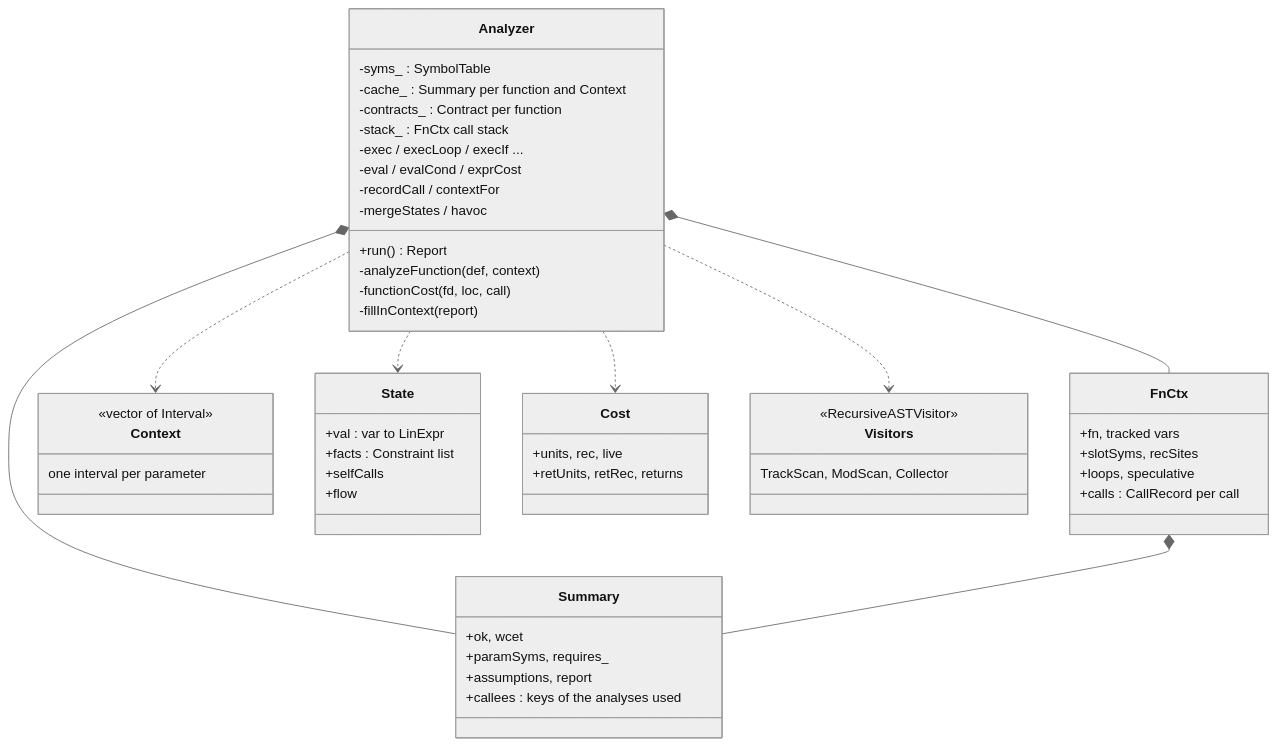
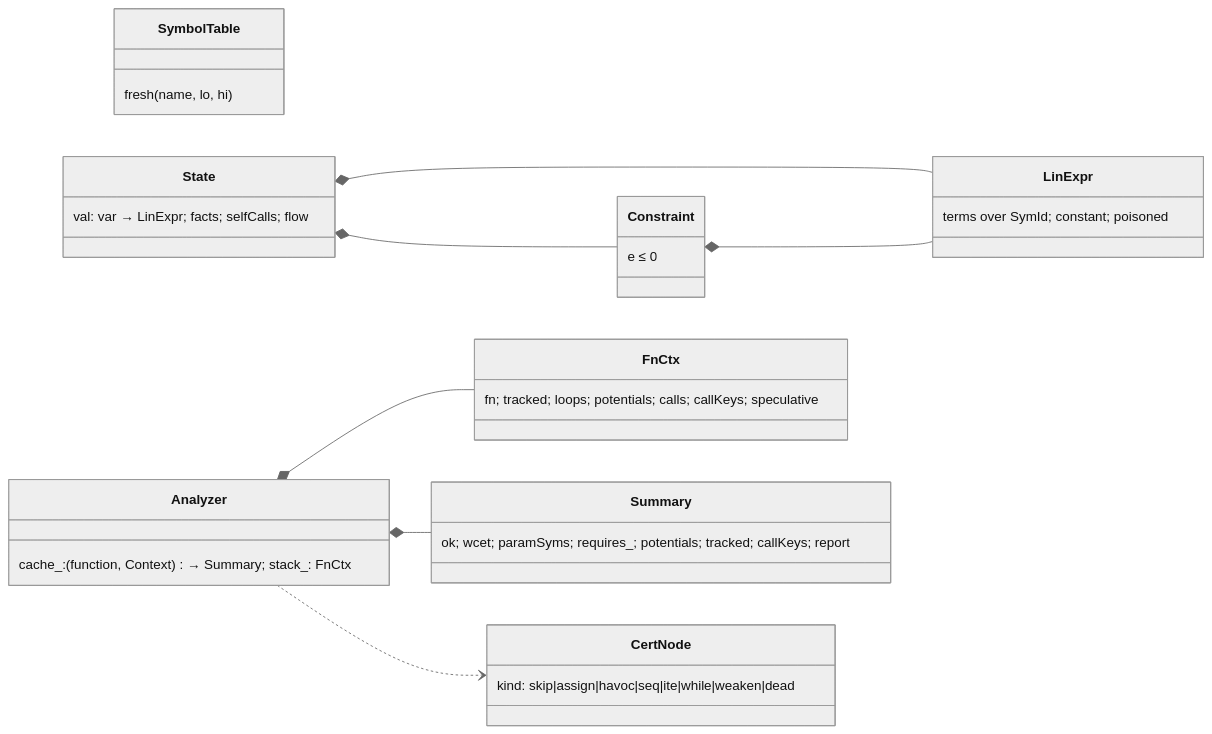
Before and after one commit to ldallolio/crosscheck: the second of 6 diagrams in docs/guide/04-plugin.md, drawn with Mermaid (neutral theme). The commit also changed other lines of this file and 18 other files, not shown here.

First line of the commit message:
Split the paper in two; shorter guide with more diagrams

````diff
--- a/docs/guide/04-plugin.md
+++ b/docs/guide/04-plugin.md
@@ -302,55 +52,18 @@
 ```mermaid
 classDiagram
-  direction TB
-  class Analyzer {
-    -syms_ : SymbolTable
-    -cache_ : Summary per function and Context
-    -contracts_ : Contract per function
-    -stack_ : FnCtx call stack
-    +run() Report
-    -analyzeFunction(def, context)
-    -exec / execLoop / execIf ...
-    -eval / evalCond / exprCost
-    -recordCall / contextFor
-    -functionCost(fd, loc, call)
-    -mergeStates / havoc
-    -fillInContext(report)
-  }
-  class FnCtx {
-    +fn, tracked vars
-    +slotSyms, recSites
-    +loops, speculative
-    +calls : CallRecord per call
-  }
-  class Summary {
-    +ok, wcet
-    +paramSyms, requires_
-    +assumptions, report
-    +callees : keys of the analyses used
-  }
-  class Context {
-    <<vector of Interval>>
-    one interval per parameter
-  }
-  class State {
-    +val : var to LinExpr
-    +facts : Constraint list
-    +selfCalls
-    +flow
-  }
-  class Cost {
-    +units, rec, live
-    +retUnits, retRec, returns
-  }
-  class Visitors {
-    <<RecursiveASTVisitor>>
-    TrackScan, ModScan, Collector
-  }
+  direction LR
+  class LinExpr { terms over SymId; constant; poisoned }
+  class Constraint { e ≤ 0 }
+  class SymbolTable { fresh(name, lo, hi) }
+  class State { val: var → LinExpr; facts; selfCalls; flow }
+  class Summary { ok; wcet; paramSyms; requires_; potentials; tracked; callKeys; report }
+  class FnCtx { fn; tracked; loops; potentials; calls; callKeys; speculative }
+  class Analyzer { cache_: (function, Context) → Summary; stack_: FnCtx }
+  class CertNode { kind: skip|assign|havoc|seq|ite|while|weaken|dead }
+  Constraint *-- LinExpr
+  State *-- LinExpr
+  State *-- Constraint
   Analyzer *-- FnCtx
   Analyzer *-- Summary
-  FnCtx *-- Summary
-  Analyzer ..> Context
-  Analyzer ..> State
-  Analyzer ..> Cost
-  Analyzer ..> Visitors
+  Analyzer ..> CertNode
 ```
````
